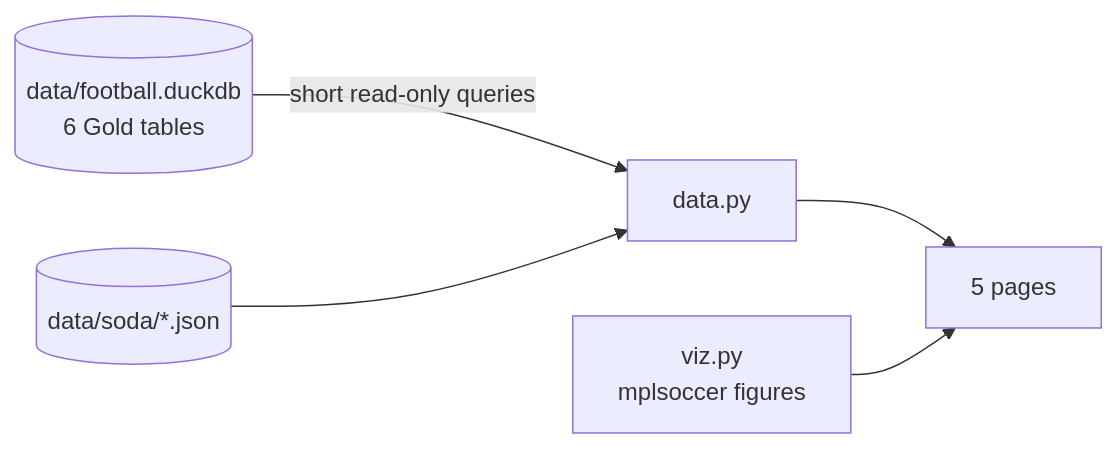
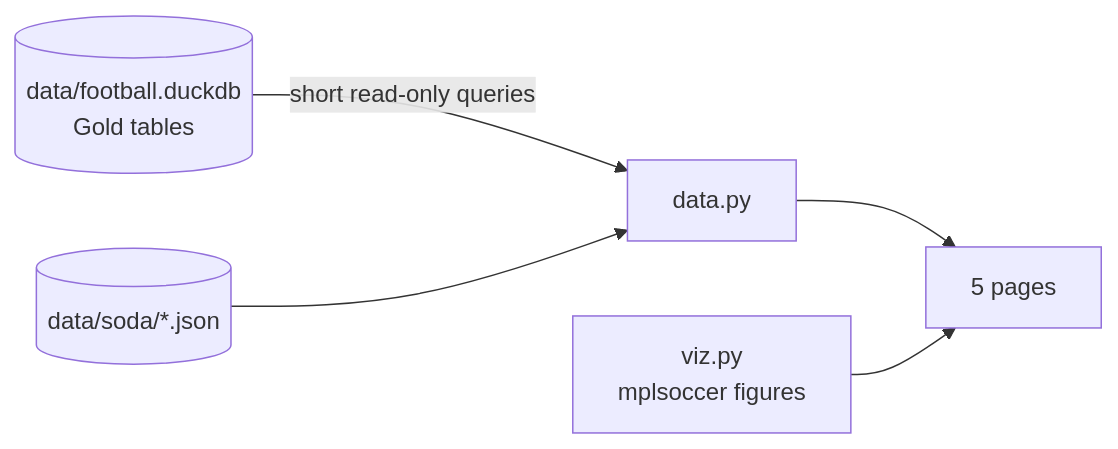
The diagram in app/streamlit/README.md (Anaximandr0s/football-data-platform), drawn with Mermaid before and after one commit. The commit also changed 7 other files, not shown here.

````diff
--- a/app/streamlit/README.md
+++ b/app/streamlit/README.md
@@ -7,7 +7,7 @@
 ```mermaid
 flowchart LR
-    G[(data/football.duckdb<br/>6 Gold tables)] -->|short read-only queries| D[data.py]
+    G[(data/football.duckdb<br/>Gold tables)] -->|short read-only queries| D[data.py]
     Q[(data/soda/*.json)] --> D
     D --> P[5 pages]
     V[viz.py<br/>mplsoccer figures] --> P
 ```
````
